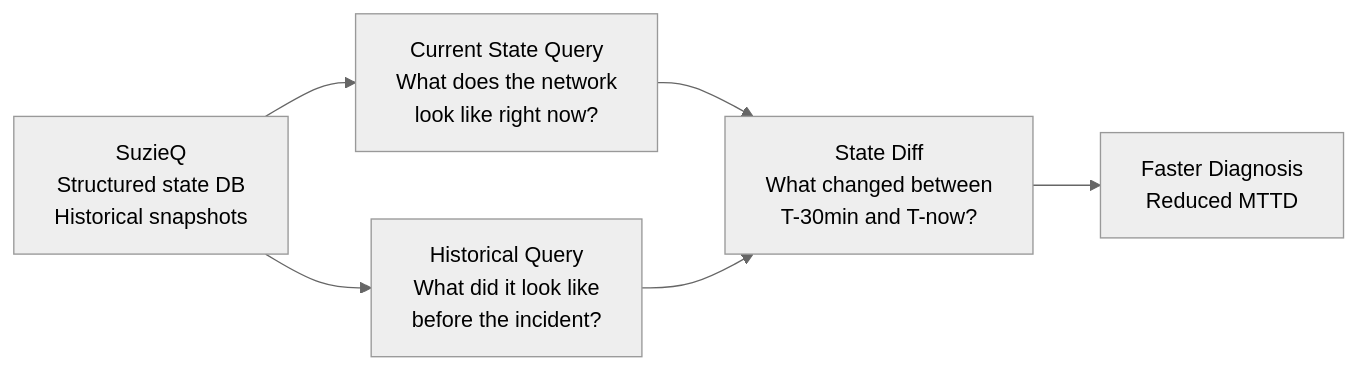
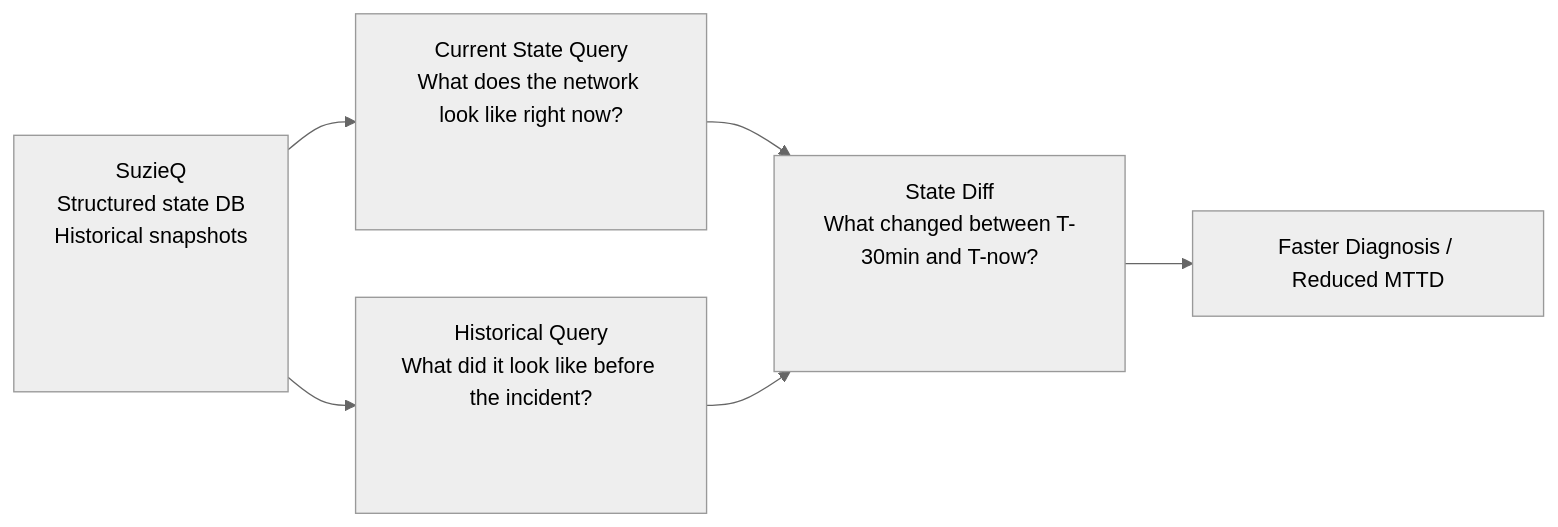
Before and after one commit to ppklau/network_automation_handbook: the second of 4 diagrams in 08-operations-automation/chapter.md, drawn with Mermaid (neutral theme). The commit also changed other lines of this file and 12 other files, not shown here.

Commit message:
Adjusted mermaid diagrams.

````diff
--- a/08-operations-automation/chapter.md
+++ b/08-operations-automation/chapter.md
@@ -133,11 +133,11 @@
 ```mermaid
 graph LR
-    SZQ["SuzieQ<br>Structured state DB<br>Historical snapshots"]
-    NOW["Current State Query<br>What does the network<br>look like right now?"]
-    HIST["Historical Query<br>What did it look like<br>before the incident?"]
-    DIFF["State Diff<br>What changed between<br>T-30min and T-now?"]
+    SZQ["<div style='min-height:160px'>SuzieQ<br>Structured state DB<br>Historical snapshots</div>"]
+    NOW["<div style='min-height:130px'>Current State Query<br>What does the network look like right now?</div>"]
+    HIST["<div style='min-height:130px'>Historical Query<br>What did it look like before the incident?</div>"]
+    DIFF["<div style='min-height:130px'>State Diff<br>What changed between T-30min and T-now?</div>"]
 
     SZQ --> NOW & HIST
     NOW & HIST --> DIFF
-    DIFF --> DIAG["Faster Diagnosis<br>Reduced MTTD"]
+    DIFF --> DIAG["Faster Diagnosis / Reduced MTTD"]
 ```
````
